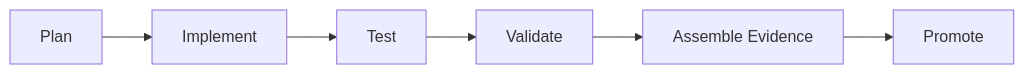
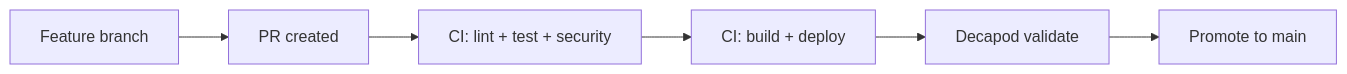
Before and after one commit to alexhraber/builddeck: the second of 2 diagrams in .decapod/generated/specs/VALIDATION.md, drawn with Mermaid. The commit also changed other lines of this file and 7 other files, not shown here.

````diff
--- a/.decapod/generated/specs/VALIDATION.md
+++ b/.decapod/generated/specs/VALIDATION.md
@@ -43,8 +50,8 @@
 ```mermaid
 flowchart LR
-  A[Plan] --> B[Implement]
-  B --> C[Test]
-  C --> D[Validate]
-  D --> E[Assemble Evidence]
-  E --> F[Promote]
+  A[Feature branch] --> B[PR created]
+  B --> C[CI: lint + test + security]
+  C --> D[CI: build + deploy]
+  D --> E[Decapod validate]
+  E --> F[Promote to main]
 ```
````
